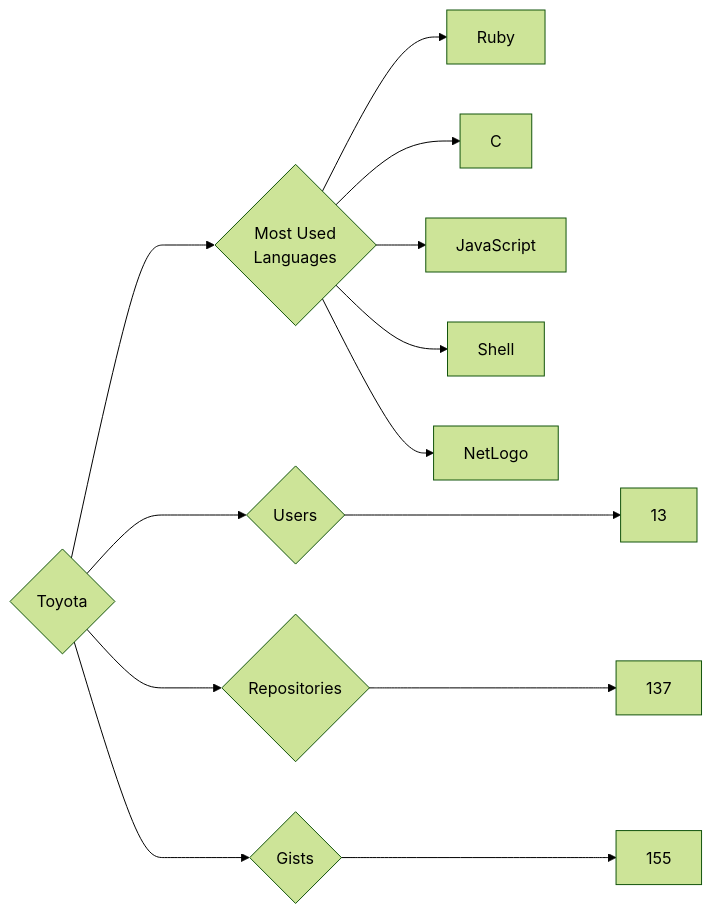
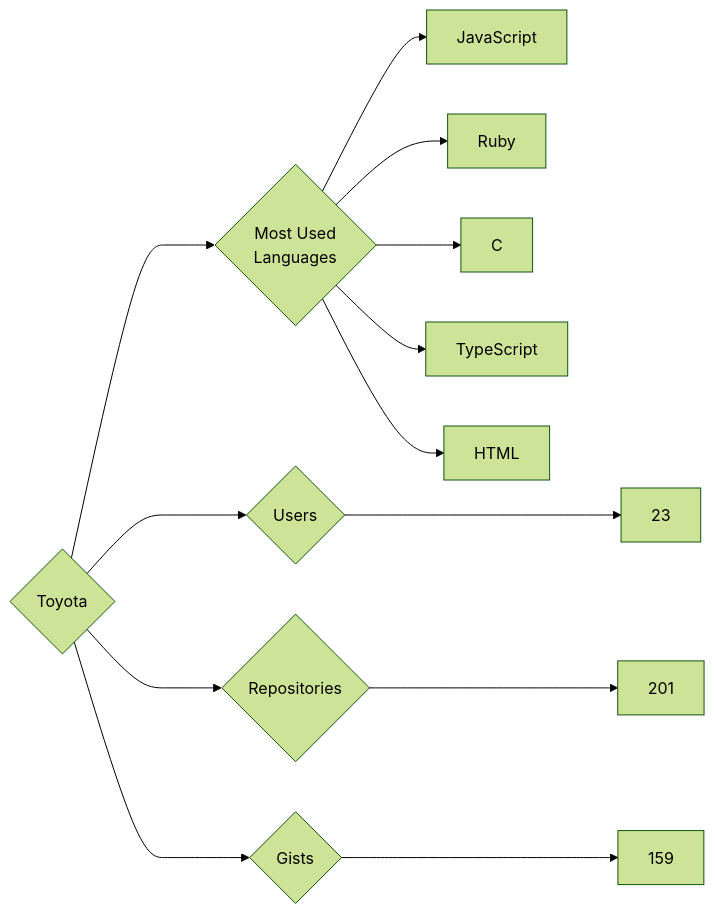
Before and after one commit to trickest/insiders: the diagram in targets/Toyota/README.md, drawn with Mermaid (forest theme). The commit also changed 829 other files, not shown here.

````diff
--- a/targets/Toyota/README.md
+++ b/targets/Toyota/README.md
@@ -3,13 +3,13 @@
 ```mermaid
 graph LR
 COMPANY_NAME{Toyota}
-COMPANY_NAME ---> U{Users} ---> UN[13]
-COMPANY_NAME ---> R{Repositories} ---> RN[137]
-COMPANY_NAME ---> G{Gists} ---> GN[155]
+COMPANY_NAME ---> U{Users} ---> UN[23]
+COMPANY_NAME ---> R{Repositories} ---> RN[201]
+COMPANY_NAME ---> G{Gists} ---> GN[159]
 COMPANY_NAME ---> ML{Most Used<br>Languages}
+ML --> JavaScript[JavaScript]
 ML --> Ruby[Ruby]
 ML --> C[C]
-ML --> JavaScript[JavaScript]
-ML --> Shell[Shell]
-ML --> NetLogo[NetLogo]
+ML --> TypeScript[TypeScript]
+ML --> HTML[HTML]
 ```
````
